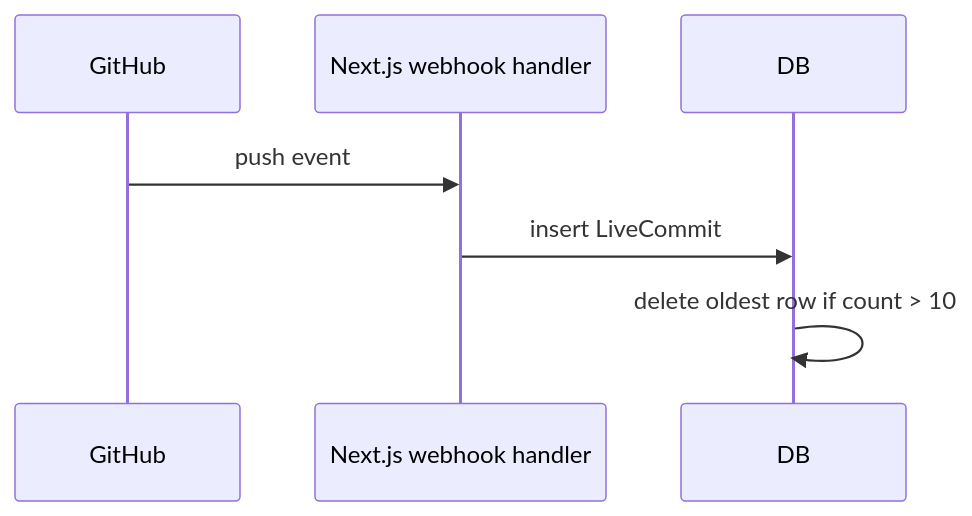
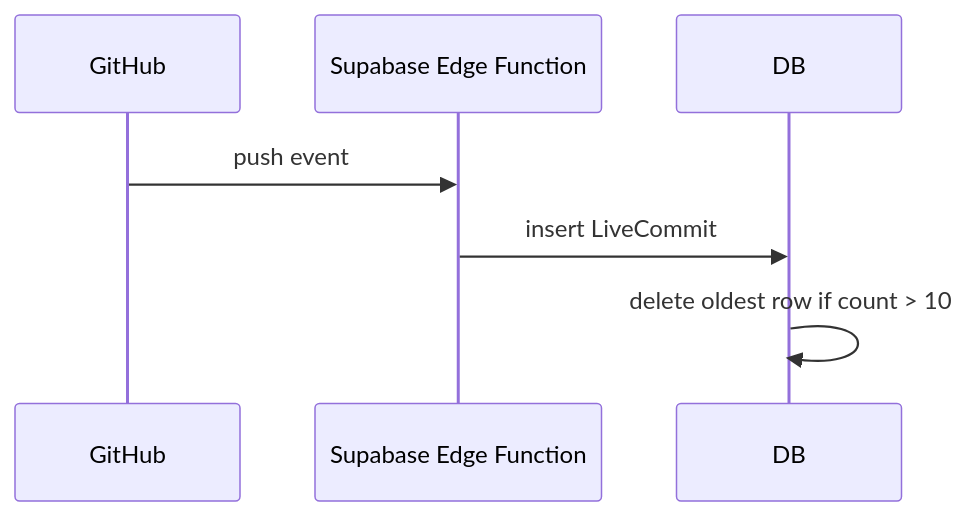
The third of 4 diagrams in docs/architecture.md (UoaWDCC/projects-health-dashboard), drawn with Mermaid before and after one commit. The commit also changed other lines of this file, not shown here.

Commit message:
docs: update architecture diagram to reflect webhook handled by Supabase Edge Function

````diff
--- a/docs/architecture.md
+++ b/docs/architecture.md
@@ -101,10 +103,10 @@
 ```mermaid
 sequenceDiagram
     participant GitHub
-    participant Next.js webhook handler
+    participant Supabase Edge Function
     participant DB
 
-    GitHub->>Next.js webhook handler: push event
-    Next.js webhook handler->>DB: insert LiveCommit
+    GitHub->>Supabase Edge Function: push event
+    Supabase Edge Function->>DB: insert LiveCommit
     DB->>DB: delete oldest row if count > 10
 ```
````
